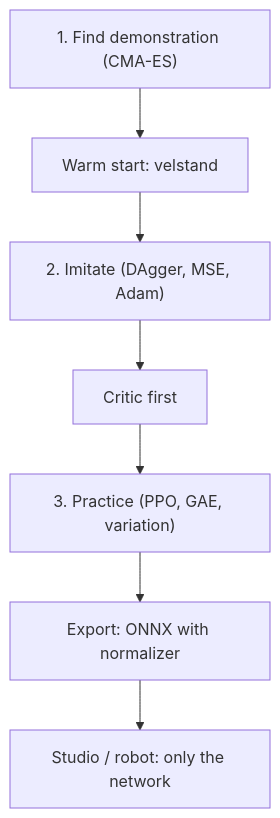
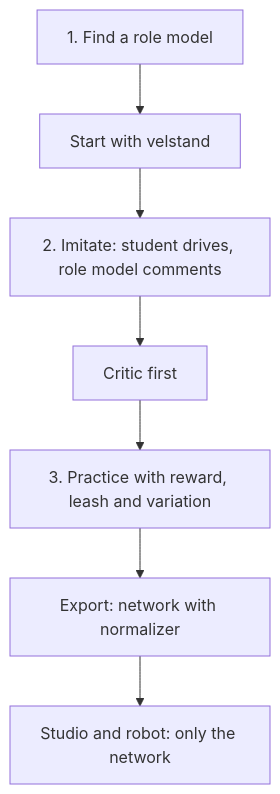
The fourth of 4 diagrams in kern/docs/book-green/A-neural-networks.md (ChristianHohlfeld/kernengine.de), drawn with Mermaid before and after one commit. The commit also changed other lines of this file and 22 other files, not shown here.

````diff
--- a/kern/docs/book-green/A-neural-networks.md
+++ b/kern/docs/book-green/A-neural-networks.md
@@ -640,9 +765,10 @@
 ```mermaid
+%% Caption: From role model to finished network: everything except the network is scaffolding
 flowchart TD
-  V["1. Find demonstration (CMA-ES)"] --> W["Warm start: velstand"]
-  W --> N["2. Imitate (DAgger, MSE, Adam)"]
+  V["1. Find a role model"] --> W["Start with velstand"]
+  W --> N["2. Imitate: student drives, role model comments"]
   N --> K["Critic first"]
-  K --> U["3. Practice (PPO, GAE, variation)"]
-  U --> X["Export: ONNX with normalizer"]
-  X --> S["Studio / robot: only the network"]
+  K --> U["3. Practice with reward, leash and variation"]
+  U --> X["Export: network with normalizer"]
+  X --> S["Studio and robot: only the network"]
 ```
````
